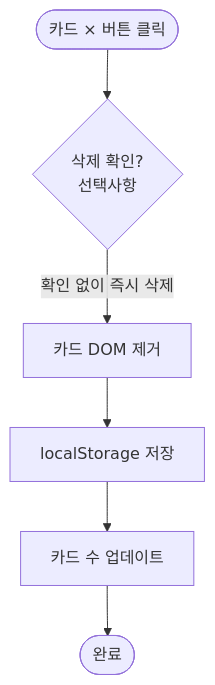
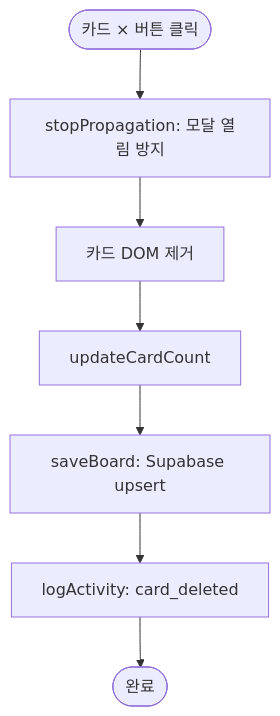
Before and after one commit to ikhanet/kosa_202605: the sixth of 8 diagrams in kanban/USER_FLOW.md, drawn with Mermaid. The commit also changed other lines of this file and 13 other files, not shown here.

````diff
--- a/kanban/USER_FLOW.md
+++ b/kanban/USER_FLOW.md
@@ -77,8 +108,9 @@
 ```mermaid
 flowchart TD
-    A([카드 × 버튼 클릭]) --> B{삭제 확인?\n선택사항}
-    B -->|확인 없이 즉시 삭제| C[카드 DOM 제거]
-    C --> D[localStorage 저장]
-    D --> E[카드 수 업데이트]
-    E --> F([완료])
+    A([카드 × 버튼 클릭]) --> B[stopPropagation: 모달 열림 방지]
+    B --> C[카드 DOM 제거]
+    C --> D[updateCardCount]
+    D --> E[saveBoard: Supabase upsert]
+    E --> F[logActivity: card_deleted]
+    F --> G([완료])
 ```
````
